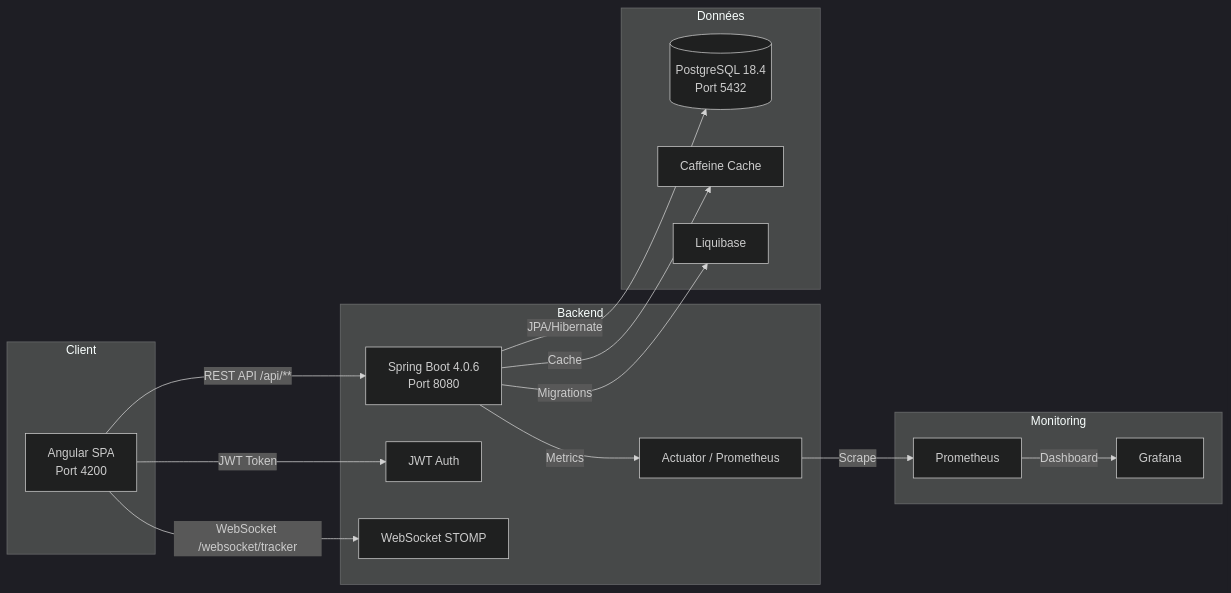
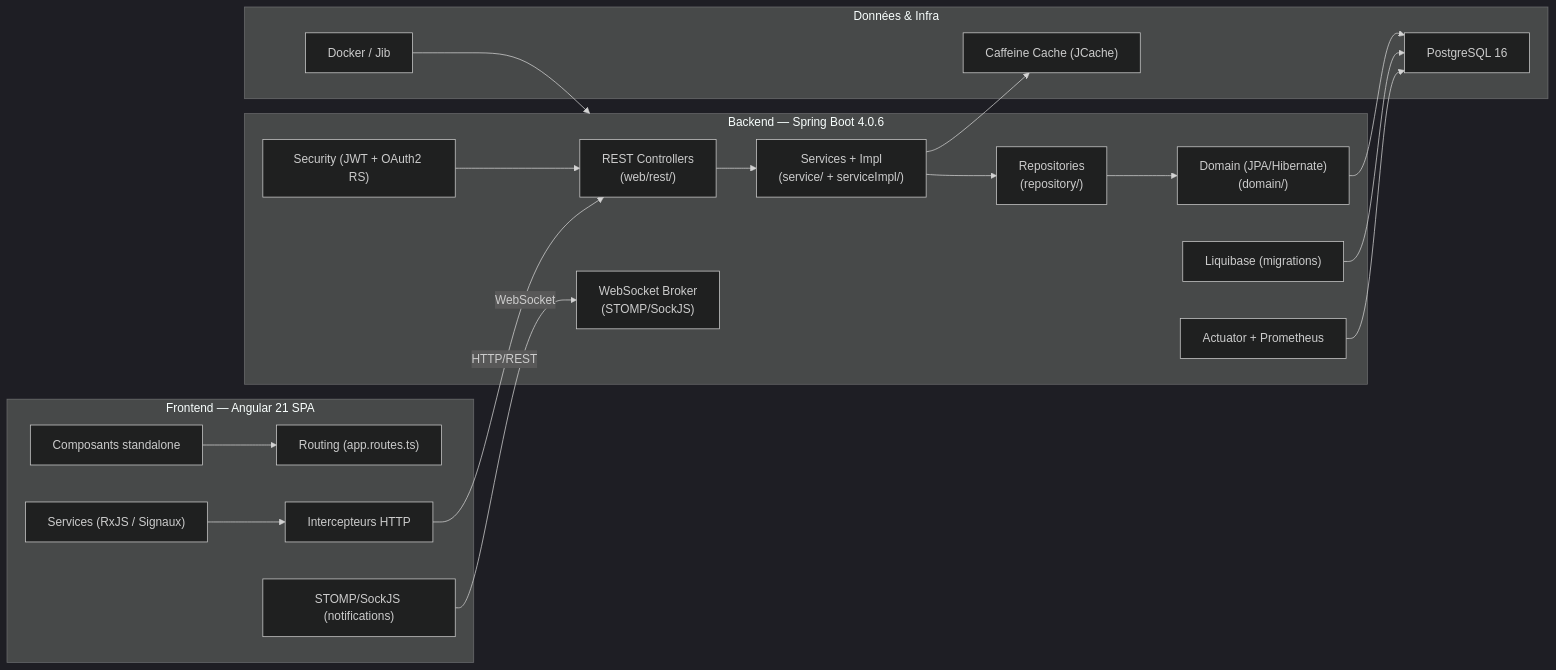
The diagram in docs/technique/architecture.md (24231-Brahim/gestion_taches), drawn with Mermaid (dark theme) before and after one commit. The commit also changed other lines of this file and 25 other files, not shown here.

````diff
--- a/docs/technique/architecture.md
+++ b/docs/technique/architecture.md
@@ -5,34 +7,41 @@
 ```mermaid
 graph LR
-    subgraph "Client"
-        A[Angular SPA<br/>Port 4200]
+    subgraph Frontend["Frontend — Angular 21 SPA"]
+        A["Composants standalone"]
+        B["Services (RxJS / Signaux)"]
+        C["Routing (app.routes.ts)"]
+        D["Intercepteurs HTTP"]
+        E["STOMP/SockJS (notifications)"]
     end
 
-    subgraph "Backend"
-        B[Spring Boot 4.0.6<br/>Port 8080]
-        C[JWT Auth]
-        D[WebSocket STOMP]
-        E[Actuator / Prometheus]
+    subgraph Backend["Backend — Spring Boot 4.0.6"]
+        F["REST Controllers<br/>(web/rest/)"]
+        G["Services + Impl<br/>(service/ + serviceImpl/)"]
+        H["Repositories<br/>(repository/)"]
+        I["Domain (JPA/Hibernate)<br/>(domain/)"]
+        J["Security (JWT + OAuth2 RS)"]
+        K["WebSocket Broker<br/>(STOMP/SockJS)"]
+        L["Liquibase (migrations)"]
+        M["Actuator + Prometheus"]
     end
 
-    subgraph "Données"
-        F[(PostgreSQL 18.4<br/>Port 5432)]
-        G[Caffeine Cache]
-        H[Liquibase]
+    subgraph Data["Données & Infra"]
+        N["PostgreSQL 16"]
+        O["Caffeine Cache (JCache)"]
+        P["Docker / Jib"]
     end
 
-    subgraph "Monitoring"
-        I[Prometheus]
-        J[Grafana]
-    end
-
-    A -->|REST API /api/**| B
-    A -->|JWT Token| C
-    A -->|WebSocket /websocket/tracker| D
-    B -->|JPA/Hibernate| F
-    B -->|Cache| G
-    B -->|Migrations| H
-    B -->|Metrics| E
-    E -->|Scrape| I
-    I -->|Dashboard| J
+    A --> C
+    B --> D
+    D -->|HTTP/REST| F
+    E -->|WebSocket| K
+    F --> G
+    G --> H
+    H --> I
+    I --> N
+    L --> N
+    G --> O
+    J --> F
+    M --> N
+    P --> Backend
 ```
````
